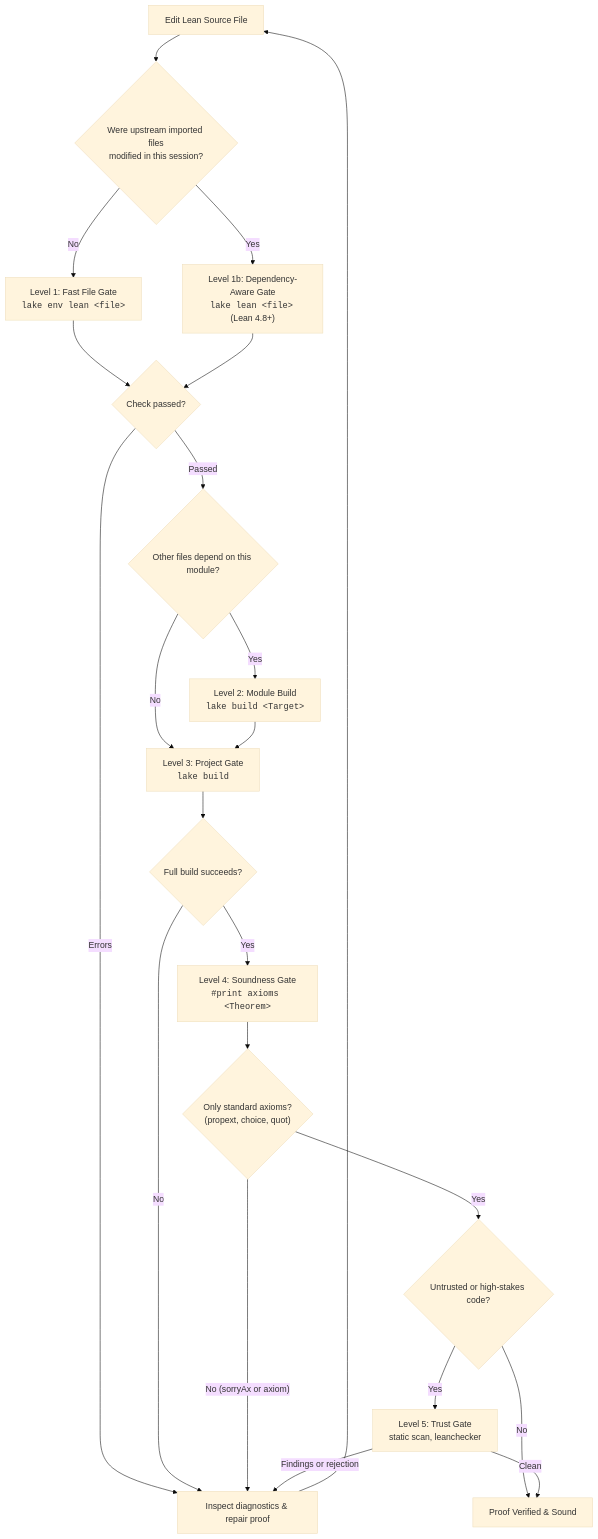
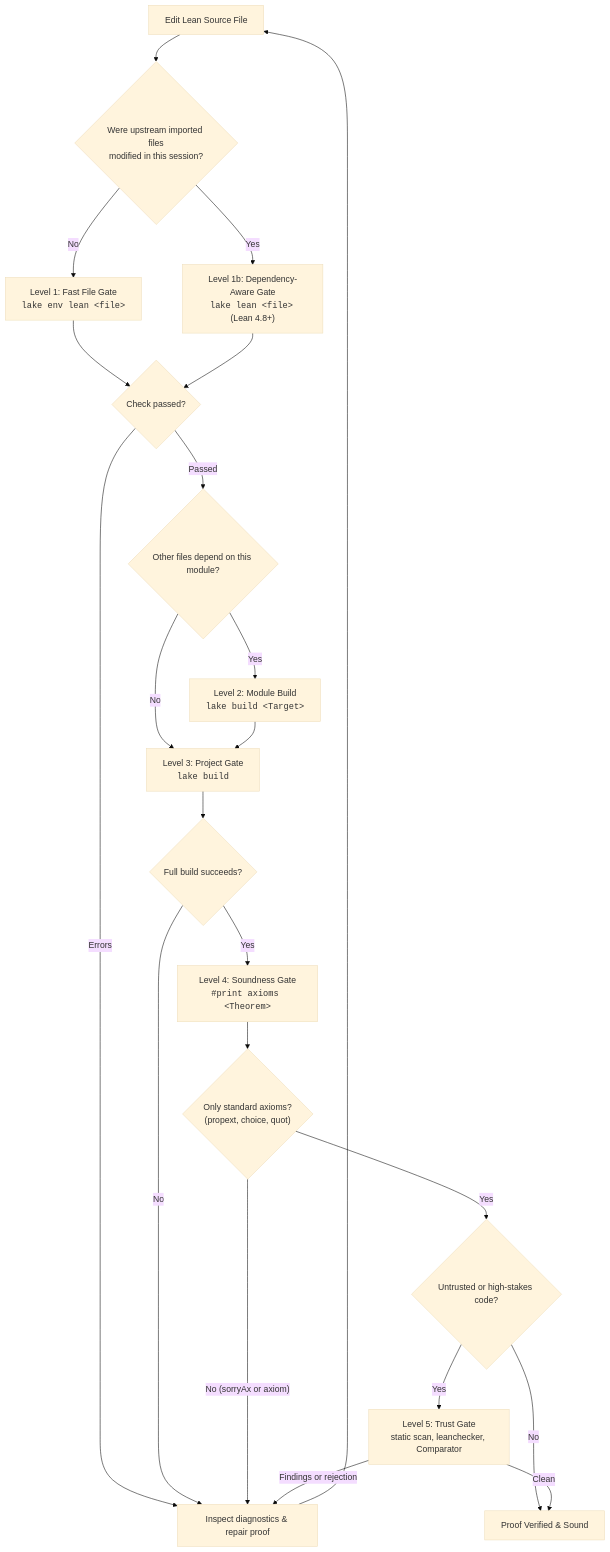
One commit to MI-1222/lean4-skills changed the diagram in skills/lean4-cli/SKILL.md. Above: the diagram before and after it, drawn with Mermaid (base theme). The commit also changed other lines of this file and 1 other file, not shown here.

````diff
--- a/skills/lean4-cli/SKILL.md
+++ b/skills/lean4-cli/SKILL.md
@@ -118,24 +118,24 @@
 ```mermaid
 graph TD
     A["Edit Lean Source File"] --> B{"Were upstream imported files<br/>modified in this session?"}
     B -- "No" --> C["Level 1: Fast File Gate<br/><code>lake env lean &lt;file&gt;</code>"]
     B -- "Yes" --> D["Level 1b: Dependency-Aware Gate<br/><code>lake lean &lt;file&gt;</code> (Lean 4.8+)"]
     C --> E{"Check passed?"}
     D --> E
     E -- "Errors" --> F["Inspect diagnostics & repair proof"]
     F --> A
     E -- "Passed" --> G{"Other files depend on this module?"}
     G -- "Yes" --> H["Level 2: Module Build<br/><code>lake build &lt;Target&gt;</code>"]
     G -- "No" --> I["Level 3: Project Gate<br/><code>lake build</code>"]
     H --> I
     I --> J{"Full build succeeds?"}
     J -- "No" --> F
     J -- "Yes" --> K["Level 4: Soundness Gate<br/><code>#print axioms &lt;Theorem&gt;</code>"]
     K --> L{"Only standard axioms?<br/>(propext, choice, quot)"}
     L -- "No (sorryAx or axiom)" --> F
     L -- "Yes" --> N{"Untrusted or high-stakes code?"}
     N -- "No" --> M["Proof Verified & Sound"]
-    N -- "Yes" --> O["Level 5: Trust Gate<br/>static scan, leanchecker"]
+    N -- "Yes" --> O["Level 5: Trust Gate<br/>static scan, leanchecker, Comparator"]
     O -- "Findings or rejection" --> F
     O -- "Clean" --> M
 ```
````
